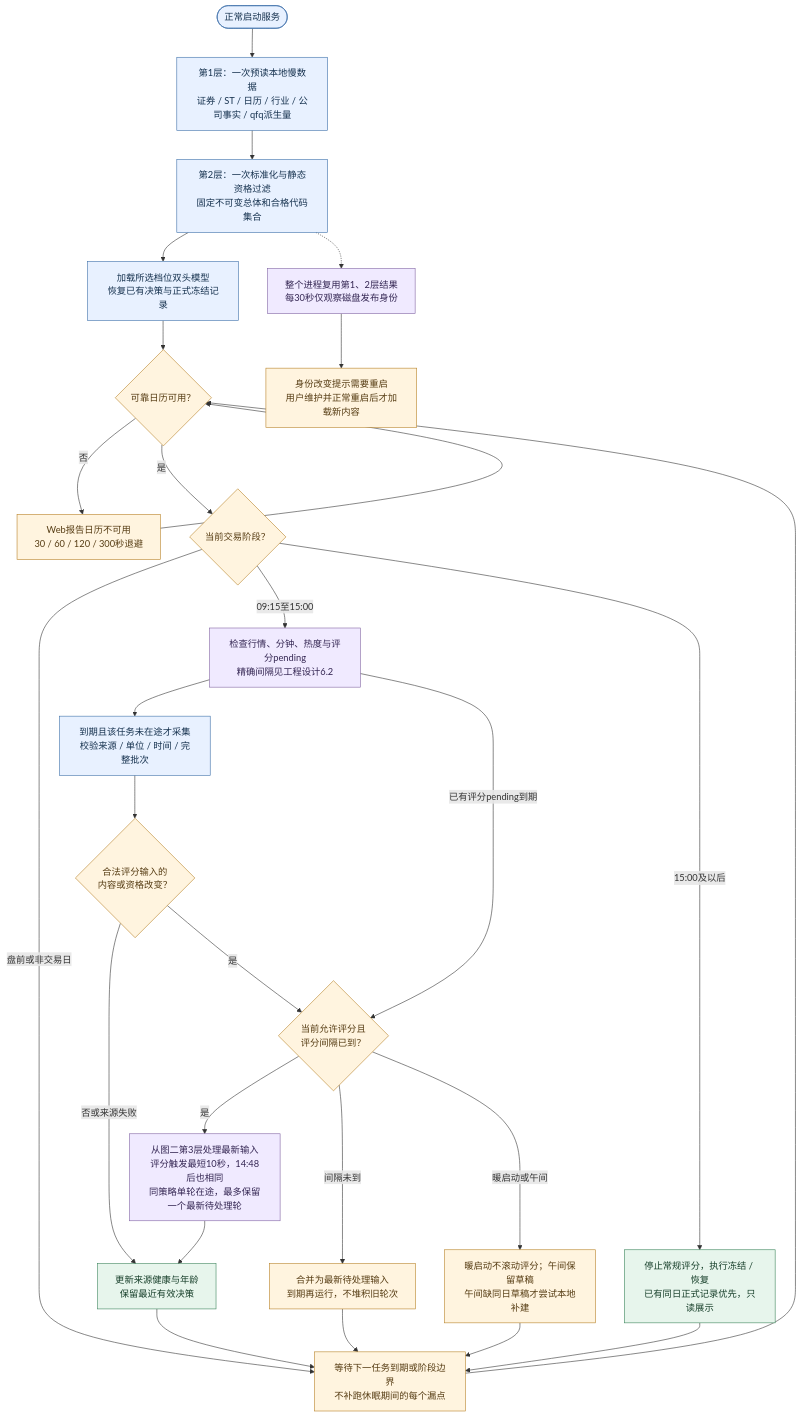
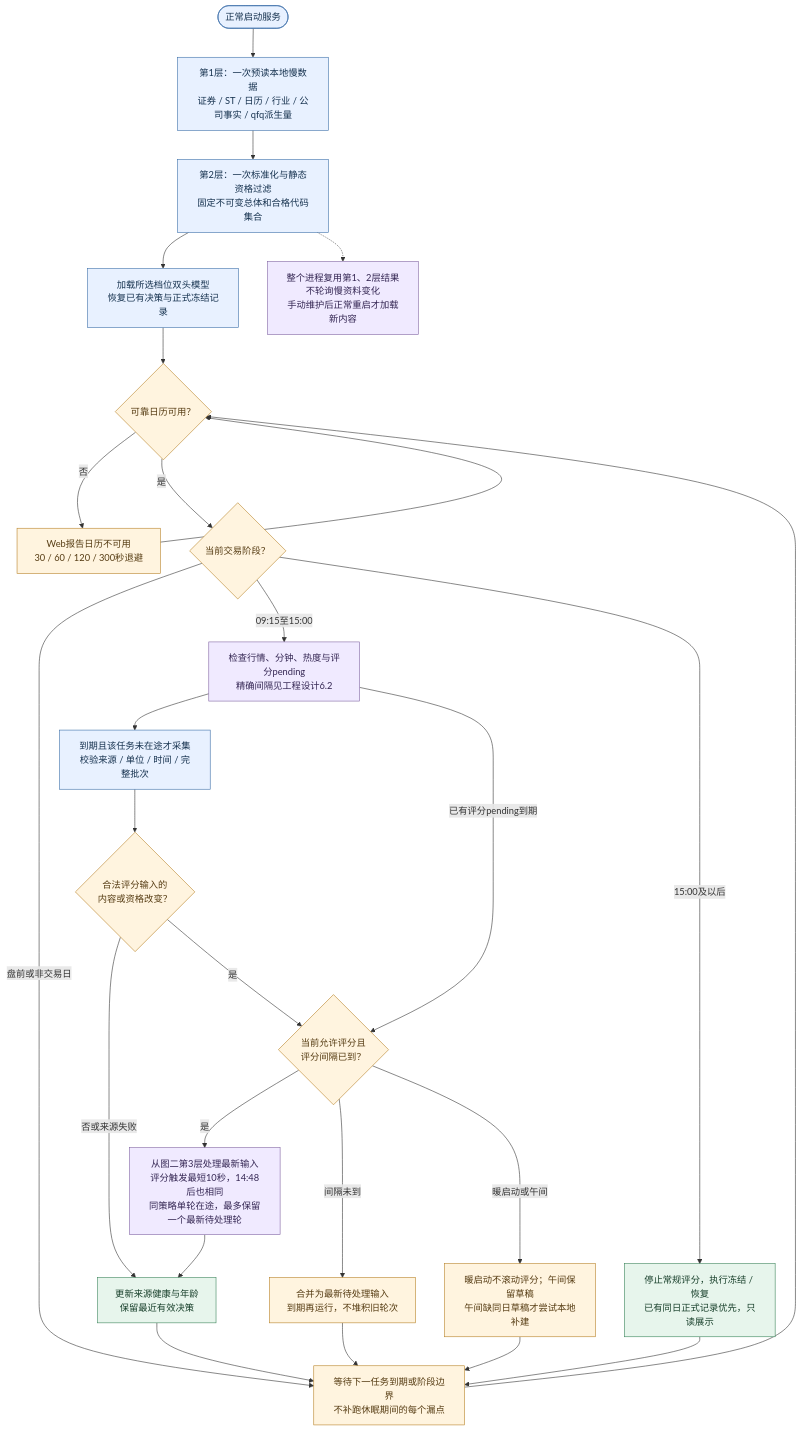
The first of 3 diagrams in docs/1_评分逻辑.md (373699756/trader), drawn with Mermaid before and after one commit. The commit also changed other lines of this file and 23 other files, not shown here.

First line of the commit message:
fix(recommendation): 取消慢资料轮询并统一文档图表围栏

````diff
--- a/docs/1_评分逻辑.md
+++ b/docs/1_评分逻辑.md
@@ -35,37 +35,36 @@
-~~~mermaid
+```mermaid
 flowchart TD
     Start(["正常启动服务"]) --> Load["第1层：一次预读本地慢数据<br/>证券 / ST / 日历 / 行业 / 公司事实 / qfq派生量"]
     Load --> Static["第2层：一次标准化与静态资格过滤<br/>固定不可变总体和合格代码集合"]
     Static --> Restore["加载所选档位双头模型<br/>恢复已有决策与正式冻结记录"]
     Restore --> Clock{"可靠日历可用？"}
     Clock -->|否| Calendar["Web报告日历不可用<br/>30 / 60 / 120 / 300秒退避"]
     Calendar --> Clock
     Clock -->|是| Phase{"当前交易阶段？"}
     Phase -->|盘前或非交易日| Wait["等待下一任务到期或阶段边界<br/>不补跑休眠期间的每个漏点"]
     Phase -->|09:15至15:00| Due["检查行情、分钟、热度与评分pending<br/>精确间隔见工程设计6.2"]
     Due --> Input["到期且该任务未在途才采集<br/>校验来源 / 单位 / 时间 / 完整批次"]
     Input --> Change{"合法评分输入的<br/>内容或资格改变？"}
     Change -->|否或来源失败| Keep["更新来源健康与年龄<br/>保留最近有效决策"]
     Change -->|是| Gate{"当前允许评分且<br/>评分间隔已到？"}
     Due -->|已有评分pending到期| Gate
     Gate -->|是| Run["从图二第3层处理最新输入<br/>评分触发最短10秒，14:48后也相同<br/>同策略单轮在途，最多保留一个最新待处理轮"]
     Gate -->|间隔未到| Pending["合并为最新待处理输入<br/>到期再运行，不堆积旧轮次"]
     Gate -->|暖启动或午间| Hold["暖启动不滚动评分；午间保留草稿<br/>午间缺同日草稿才尝试本地补建"]
     Run --> Keep
     Pending --> Wait
     Hold --> Wait
     Keep --> Wait
     Wait --> Clock
     Phase -->|15:00及以后| Close["停止常规评分，执行冻结 / 恢复<br/>已有同日正式记录优先，只读展示"]
     Close --> Wait
-    Static -.-> Reuse["整个进程复用第1、2层结果<br/>每30秒仅观察磁盘发布身份"]
-    Reuse --> Restart["身份改变提示需要重启<br/>用户维护并正常重启后才加载新内容"]
+    Static -.-> Reuse["整个进程复用第1、2层结果<br/>不轮询慢资料变化<br/>手动维护后正常重启才加载新内容"]
     classDef input fill:#e8f1ff,stroke:#3b6ea8,color:#16324f;
     classDef work fill:#f0eaff,stroke:#8064a2,color:#342653;
     classDef result fill:#e7f5ec,stroke:#39845a,color:#173f2a;
     classDef gate fill:#fff4df,stroke:#b78126,color:#563c13;
     class Start,Load,Static,Restore,Input input;
     class Due,Run,Reuse work;
     class Keep,Close result;
-    class Clock,Phase,Change,Gate,Calendar,Pending,Hold,Wait,Restart gate;
-~~~
+    class Clock,Phase,Change,Gate,Calendar,Pending,Hold,Wait gate;
+```
````
